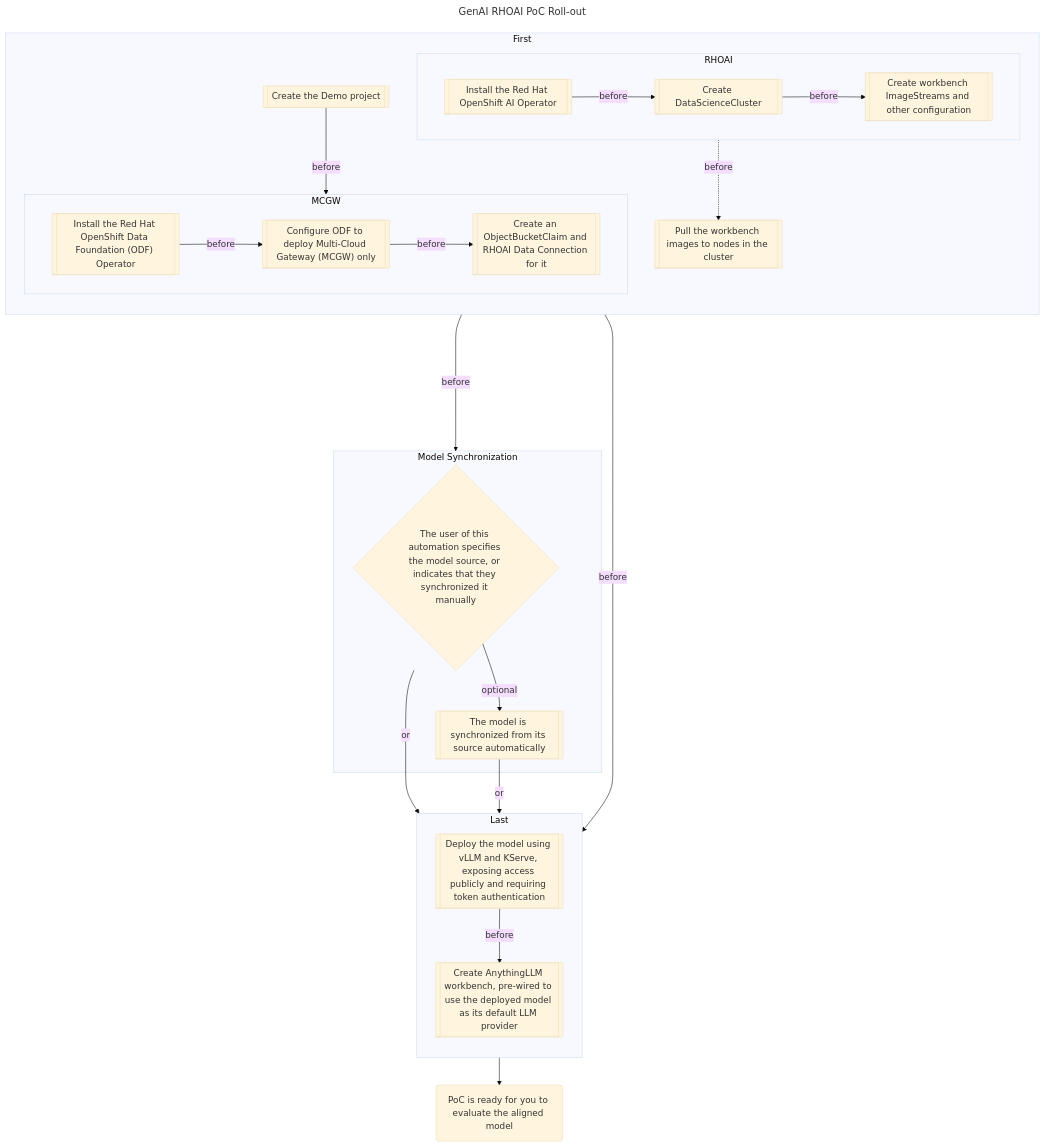
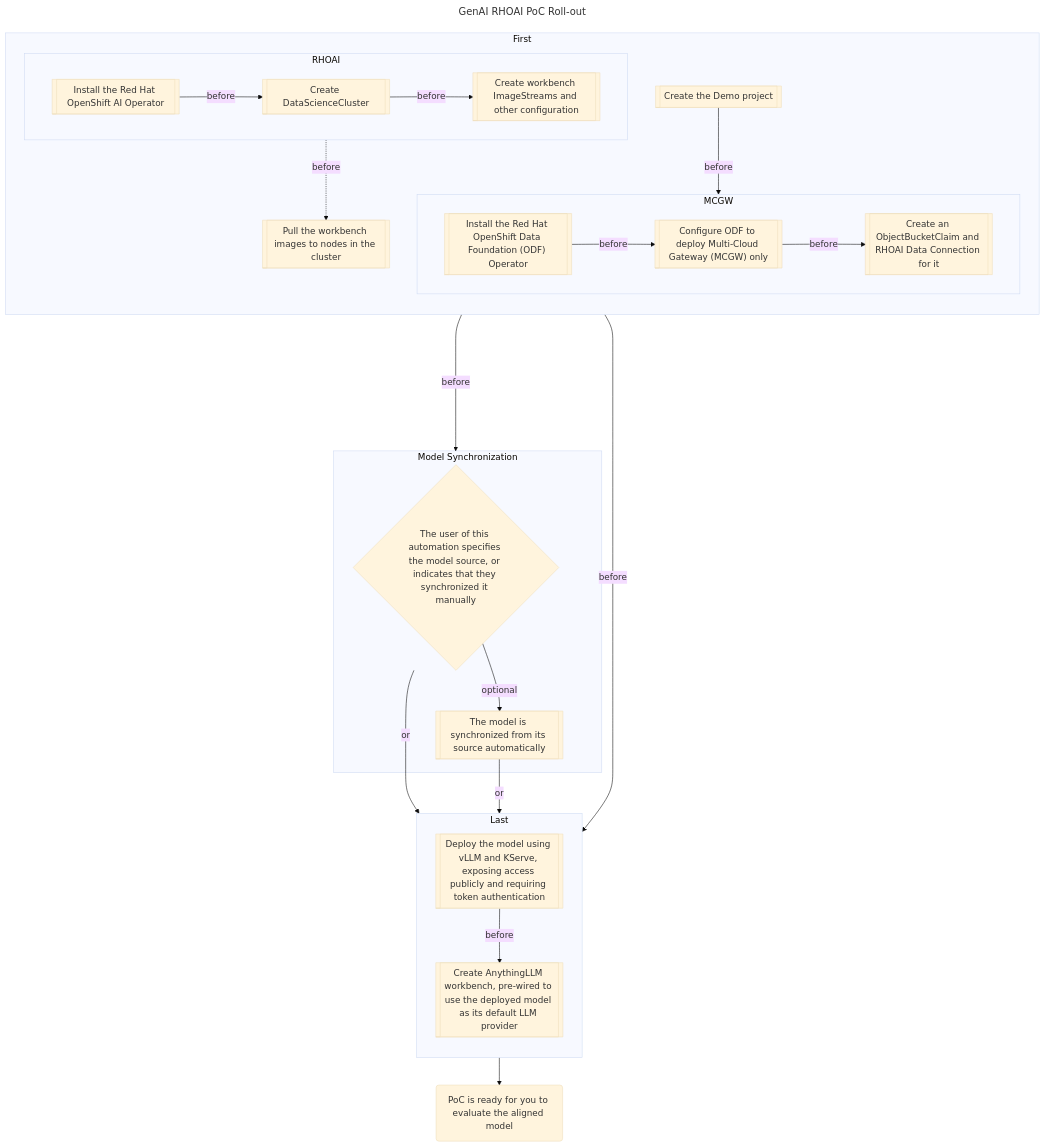
Before and after one commit to rh-aiservices-bu/genai-rhoai-poc-template: the diagram in docs/README.md, drawn with Mermaid (base theme). The commit also changed other lines of this file, not shown here.

````diff
--- a/docs/README.md
+++ b/docs/README.md
@@ -30,44 +30,44 @@
 ```mermaid
 ---
 title: GenAI RHOAI PoC Roll-out
 ---
 flowchart TD
     subgraph First
         direction TB
-        subgraph RHOAI
-            direction LR
-            rhoaiInstall[[Install the Red Hat OpenShift AI Operator]]
-            rhoaiDeploy[[Create DataScienceCluster]]
-            rhoaiConfig[[Create workbench ImageStreams and other configuration]]
-            rhoaiInstall -- before --> rhoaiDeploy -- before --> rhoaiConfig
-        end
         demoProject[[Create the Demo project]]
         subgraph MCGW
             direction LR
             mcgwInstall[["Install the Red Hat OpenShift Data Foundation (ODF) Operator"]]
             mcgwDeploy[["Configure ODF to deploy Multi-Cloud Gateway (MCGW) only"]]
             mcgwConfig[[Create an ObjectBucketClaim and RHOAI Data Connection for it]]
             mcgwInstall -- before --> mcgwDeploy -- before --> mcgwConfig
+        end
+        subgraph RHOAI
+            direction LR
+            rhoaiInstall[[Install the Red Hat OpenShift AI Operator]]
+            rhoaiDeploy[[Create DataScienceCluster]]
+            rhoaiConfig[[Create workbench ImageStreams and other configuration]]
+            rhoaiInstall -- before --> rhoaiDeploy -- before --> rhoaiConfig
         end
         workbenchPrimer[[Pull the workbench images to nodes in the cluster]]
         rhoaiConfig-. before .-> workbenchPrimer
         demoProject -- before --> mcgwConfig
     end
     subgraph userProcess[Model Synchronization]
         modelSource{The user of this automation specifies the model source, or indicates that they synchronized it manually}
         modelSync[[The model is synchronized from its source automatically]]
         modelSource -- optional --> modelSync
     end
     subgraph Last
         direction TB
         modelDeploy[[Deploy the model using vLLM and KServe, exposing access publicly and requiring token authentication]]
         deployAnythingLLM[[Create AnythingLLM workbench, pre-wired to use the deployed model as its default LLM provider]]
     end
     pocReady(PoC is ready for you to evaluate the aligned model)
 
     MCGW -- before -----> userProcess
     RHOAI -- before --> Last
     modelSource -- or --> modelDeploy
     modelSync -- or --> modelDeploy
     modelDeploy -- before --> deployAnythingLLM --> pocReady
 ```
````
